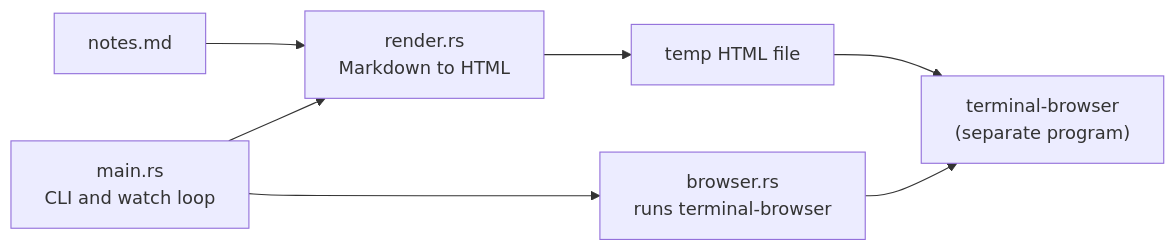
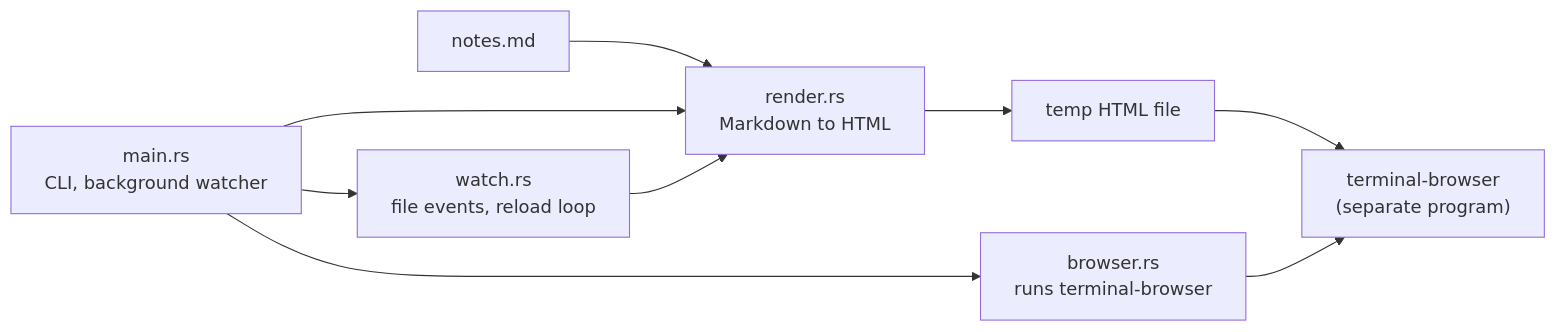
One commit to slara/terminal-markdown-renderer changed the first of 2 diagrams in docs/ARCHITECTURE.md. Above: the diagram before and after it, drawn with Mermaid. The commit also changed other lines of this file and 8 other files, not shown here.

First line of the commit message:
Reload the page on every save, using OS file events

````diff
--- a/docs/ARCHITECTURE.md
+++ b/docs/ARCHITECTURE.md
@@ -17,9 +18,11 @@
 ```mermaid
 flowchart LR
     md["notes.md"] --> render["render.rs<br/>Markdown to HTML"]
     render --> html["temp HTML file"]
     html --> tb["terminal-browser<br/>(separate program)"]
-    main["main.rs<br/>CLI and watch loop"] --> render
+    main["main.rs<br/>CLI, background watcher"] --> render
+    main --> watch["watch.rs<br/>file events, reload loop"]
+    watch --> render
     main --> browser["browser.rs<br/>runs terminal-browser"]
     browser --> tb
 ```
````
